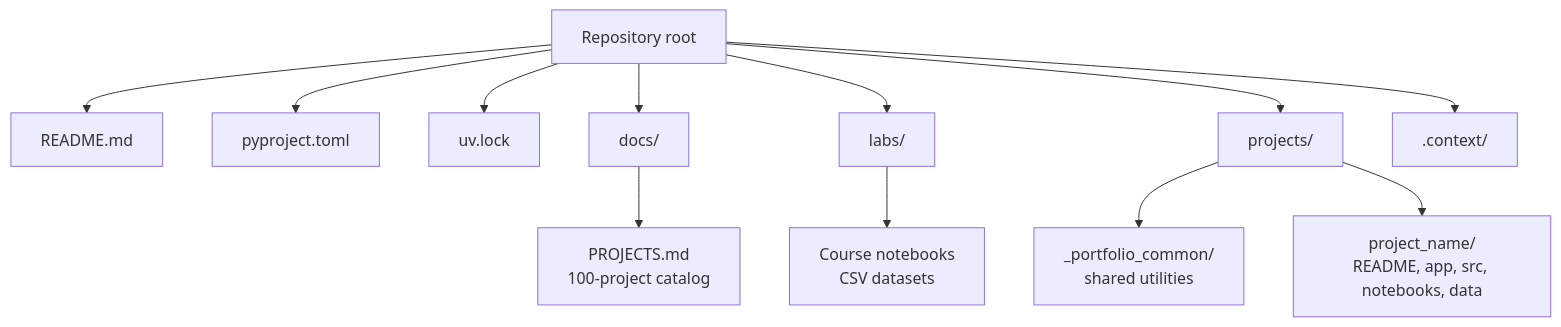
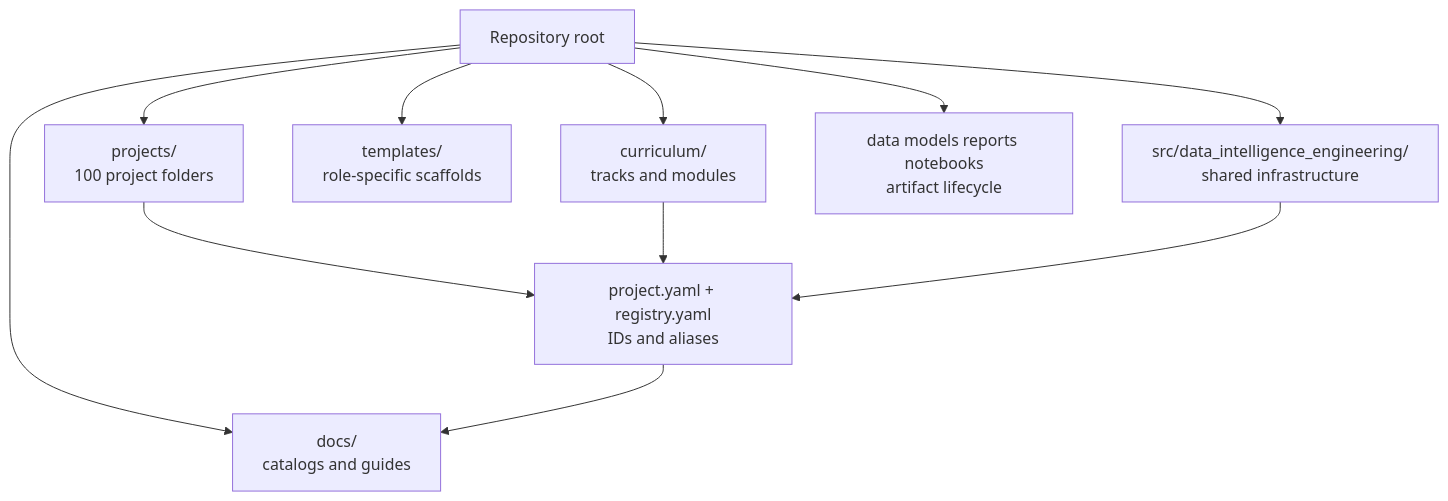
The diagram in .context/architecture.md (Quantumquirkz/Data-Science---Engineer---Analytics), drawn with Mermaid before and after one commit. The commit also changed other lines of this file and 88 other files, not shown here.

First line of the commit message:
Add shared core architecture shell

````diff
--- a/.context/architecture.md
+++ b/.context/architecture.md
@@ -9,24 +10,22 @@
 ```mermaid
 flowchart TB
     root["Repository root"]
-    readme["README.md"]
-    pyproject["pyproject.toml"]
-    lock["uv.lock"]
-    docs["docs/"]
-    labs["labs/"]
-    projects["projects/"]
-    context[".context/"]
+    curriculum["curriculum/<br/>tracks and modules"]
+    projects["projects/<br/>100 project folders"]
+    registry["project.yaml + registry.yaml<br/>IDs and aliases"]
+    templates["templates/<br/>role-specific scaffolds"]
+    core["src/data_intelligence_engineering/<br/>shared infrastructure"]
+    lifecycle["data models reports notebooks<br/>artifact lifecycle"]
+    docs["docs/<br/>catalogs and guides"]
 
-    root --> readme
-    root --> pyproject
-    root --> lock
+    root --> curriculum
+    root --> projects
+    root --> templates
+    root --> core
+    root --> lifecycle
     root --> docs
-    root --> labs
-    root --> projects
-    root --> context
-
-    docs --> projectCatalog["PROJECTS.md<br/>100-project catalog"]
-    labs --> labNotebooks["Course notebooks<br/>CSV datasets"]
-    projects --> common["_portfolio_common/<br/>shared utilities"]
-    projects --> projectTemplate["project_name/<br/>README, app, src, notebooks, data"]
+    projects --> registry
+    curriculum --> registry
+    core --> registry
+    registry --> docs
 ```
````
